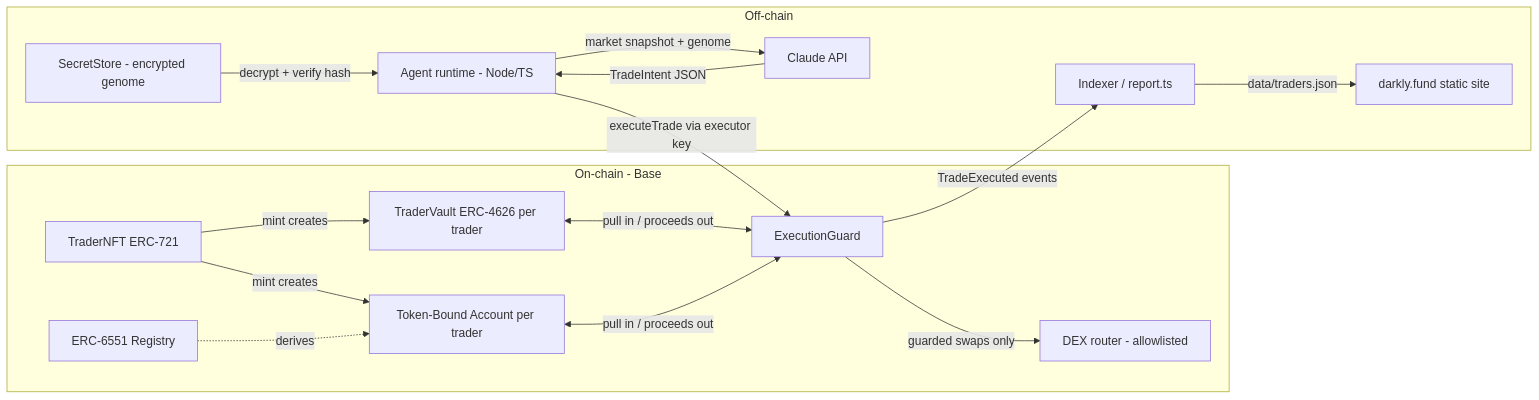
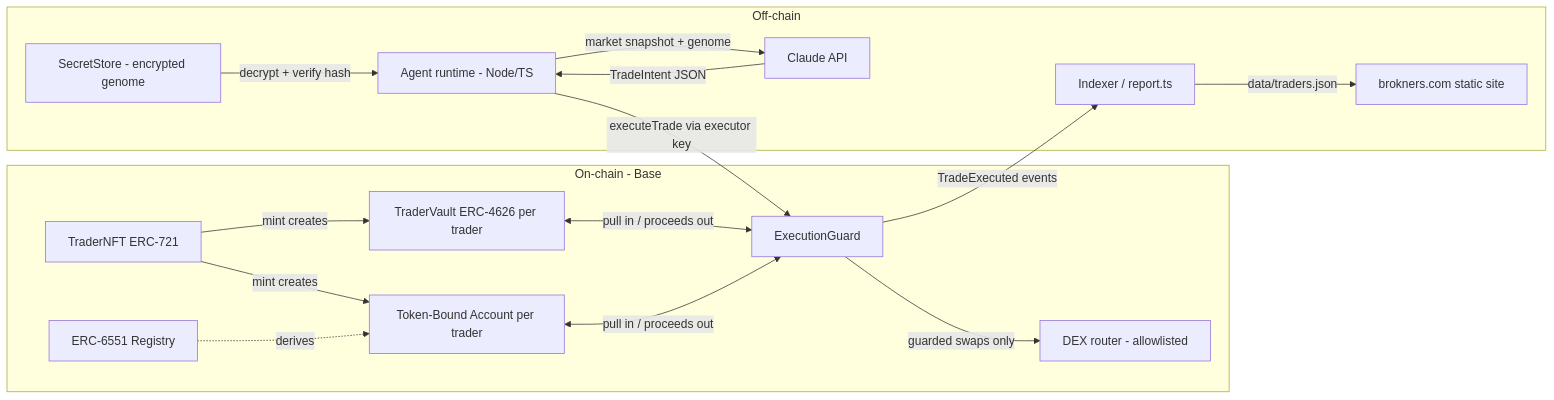
Before and after one commit to thingg-co/bronkers.com: the diagram in docs/architecture.md, drawn with Mermaid. The commit also changed other lines of this file and 33 other files, not shown here.

````diff
--- a/docs/architecture.md
+++ b/docs/architecture.md
@@ -8,30 +8,30 @@
 ```mermaid
 flowchart LR
     subgraph onchain [On-chain - Base]
         NFT[TraderNFT ERC-721]
         REG[ERC-6551 Registry]
         TBA[Token-Bound Account per trader]
         VAULT[TraderVault ERC-4626 per trader]
         GUARD[ExecutionGuard]
         DEX[DEX router - allowlisted]
         NFT -->|mint creates| TBA
         NFT -->|mint creates| VAULT
         REG -.->|derives| TBA
         GUARD -->|guarded swaps only| DEX
         VAULT <-->|pull in / proceeds out| GUARD
         TBA <-->|pull in / proceeds out| GUARD
     end
     subgraph offchain [Off-chain]
         RT[Agent runtime - Node/TS]
         CLAUDE[Claude API]
         SS[SecretStore - encrypted genome]
         IDX[Indexer / report.ts]
-        SITE[darkly.fund static site]
+        SITE[brokners.com static site]
     end
     SS -->|decrypt + verify hash| RT
     RT -->|market snapshot + genome| CLAUDE
     CLAUDE -->|TradeIntent JSON| RT
     RT -->|executeTrade via executor key| GUARD
     GUARD -->|TradeExecuted events| IDX
     IDX -->|data/traders.json| SITE
 ```
````
